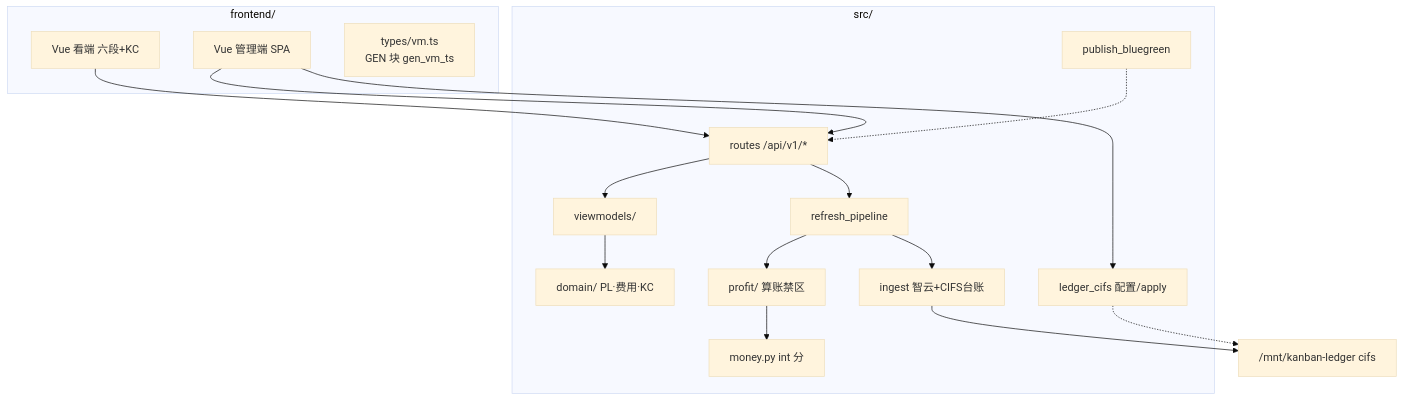
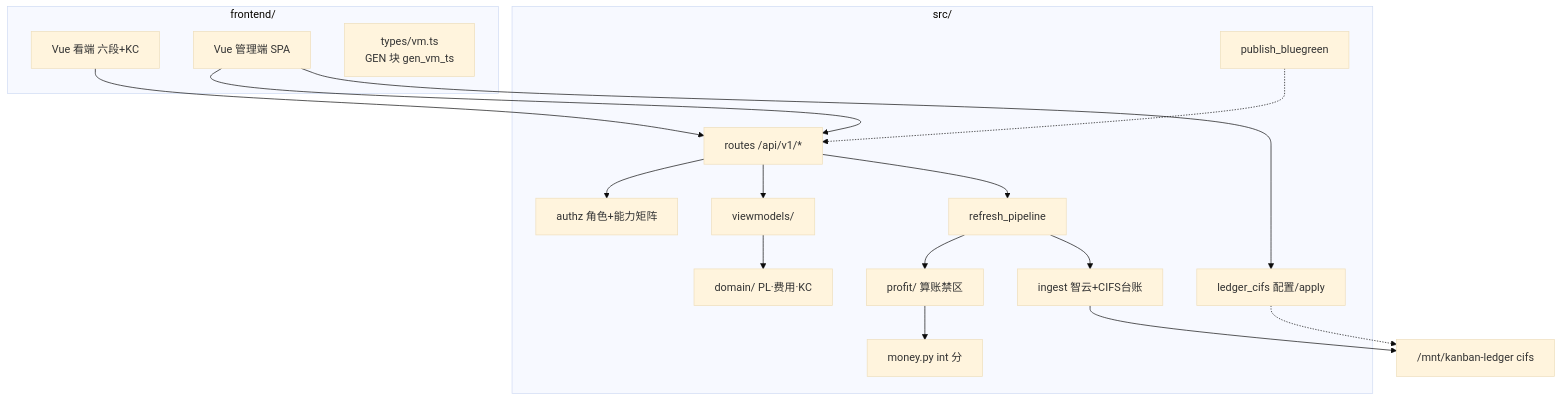
The diagram in docs/设计图/05_模块与组件图.mmd (EvanLee2004/BI), drawn with Mermaid (base theme) before and after one commit. The commit also changed 24 other files, not shown here.

First line of the commit message:
docs: perfect README + 3.7.19 architecture/auth diagrams

```diff
--- a/docs/设计图/05_模块与组件图.mmd
+++ b/docs/设计图/05_模块与组件图.mmd
@@ -1,31 +1,33 @@
-%% 模块与组件 · VERSION 3.7.15 · 2026-08-05
+%% 模块与组件 · VERSION 3.7.19 · 2026-08-08
 flowchart TB
   subgraph FE["frontend/"]
     VU[Vue 看端 六段+KC]
     AD[Vue 管理端 SPA]
     VMTS["types/vm.ts<br/>GEN 块 gen_vm_ts"]
   end
   subgraph BE["src/"]
     RT["routes /api/v1/*"]
+    AZ["authz 角色+能力矩阵"]
     RP[refresh_pipeline]
     PR["profit/ 算账禁区"]
     DM["domain/ PL·费用·KC"]
     VM[viewmodels/]
     MY[money.py int 分]
     IG[ingest 智云+CIFS台账]
     CF[ledger_cifs 配置/apply]
     PB[publish_bluegreen]
   end
   MNT["/mnt/kanban-ledger cifs"]
   VU --> RT
   AD --> RT
   AD --> CF
+  RT --> AZ
   RT --> VM
   VM --> DM
   RT --> RP
   RP --> PR
   PR --> MY
   RP --> IG
   IG --> MNT
   CF -.-> MNT
   PB -.-> RT
```
